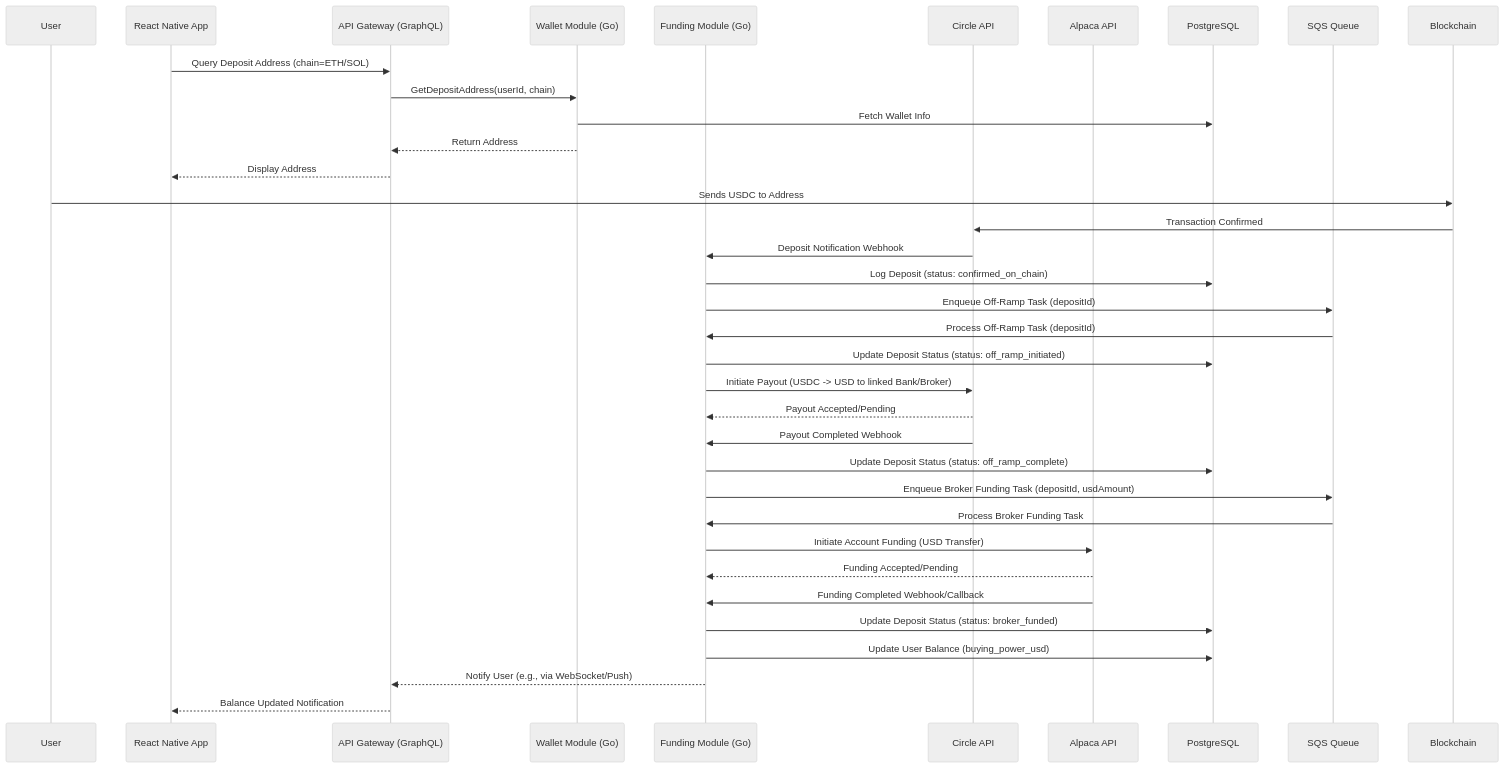
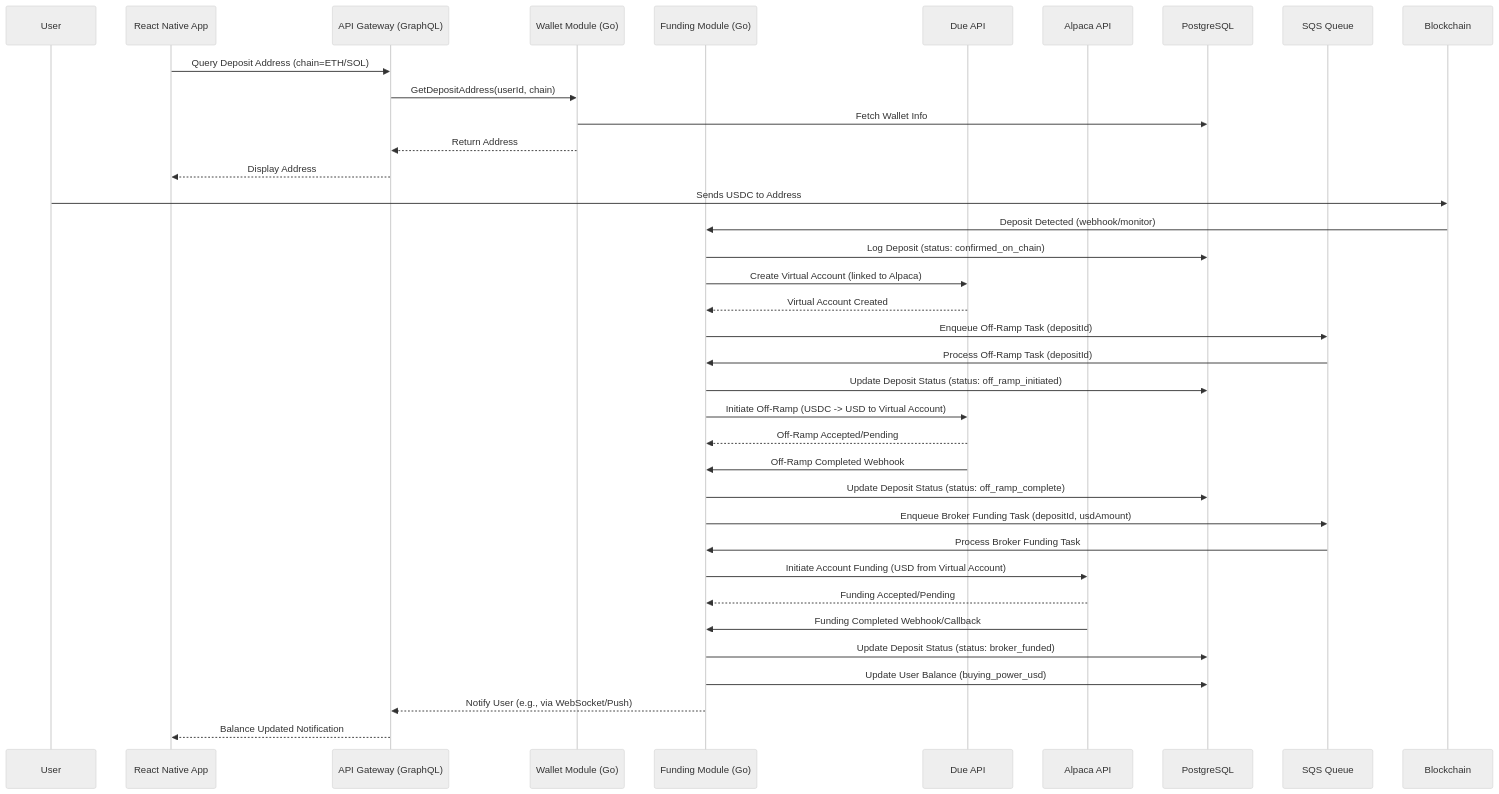
One commit to Sketchyjo/STACK-BACKEND-SERVICE changed the fourth of 6 diagrams in docs/architecture.md. Above: the diagram before and after it, drawn with Mermaid (neutral theme). The commit also changed other lines of this file and 142 other files, not shown here.

````diff
--- a/docs/architecture.md
+++ b/docs/architecture.md
@@ -401,51 +418,52 @@
 ```mermaid
 sequenceDiagram
     participant User
     participant App as React Native App
     participant GW as API Gateway (GraphQL)
     participant WAL as Wallet Module (Go)
     participant FND as Funding Module (Go)
-    participant CIR as Circle API
+    participant DUE as Due API
     participant DW as Alpaca API
     participant PG as PostgreSQL
     participant Q as SQS Queue
 
     %% Step 1: Get Deposit Address %%
     App->>GW: Query Deposit Address (chain=ETH/SOL)
     GW->>WAL: GetDepositAddress(userId, chain)
     WAL->>PG: Fetch Wallet Info
     WAL-->>GW: Return Address
     GW-->>App: Display Address
 
     %% Step 2: User Deposits USDC (On-Chain) %%
     User->>Blockchain: Sends USDC to Address
 
-    %% Step 3: Circle Detects Deposit & Notifies Backend %%
-    Blockchain->>CIR: Transaction Confirmed
-    CIR->>FND: Deposit Notification Webhook
+    %% Step 3: Monitor Deposit & Create Virtual Account %%
+    Blockchain->>FND: Deposit Detected (webhook/monitor)
     FND->>PG: Log Deposit (status: confirmed_on_chain)
+    FND->>DUE: Create Virtual Account (linked to Alpaca)
+    DUE-->>FND: Virtual Account Created
     FND->>Q: Enqueue Off-Ramp Task (depositId)
 
     %% Step 4: Async Off-Ramp Processing %%
     Q->>FND: Process Off-Ramp Task (depositId)
     FND->>PG: Update Deposit Status (status: off_ramp_initiated)
-    FND->>CIR: Initiate Payout (USDC -> USD to linked Bank/Broker)
-    CIR-->>FND: Payout Accepted/Pending
+    FND->>DUE: Initiate Off-Ramp (USDC -> USD to Virtual Account)
+    DUE-->>FND: Off-Ramp Accepted/Pending
 
-    %% Step 5: Circle Confirms Off-Ramp %%
-    CIR->>FND: Payout Completed Webhook
+    %% Step 5: Due Confirms Off-Ramp %%
+    DUE->>FND: Off-Ramp Completed Webhook
     FND->>PG: Update Deposit Status (status: off_ramp_complete)
     FND->>Q: Enqueue Broker Funding Task (depositId, usdAmount)
 
     %% Step 6: Async Broker Funding %%
     Q->>FND: Process Broker Funding Task
-    FND->>DW: Initiate Account Funding (USD Transfer)
+    FND->>DW: Initiate Account Funding (USD from Virtual Account)
     DW-->>FND: Funding Accepted/Pending
 
     %% Step 7: Alpaca Confirms Funding %%
     DW->>FND: Funding Completed Webhook/Callback
     FND->>PG: Update Deposit Status (status: broker_funded)
     FND->>PG: Update User Balance (buying_power_usd)
     FND-->>GW: Notify User (e.g., via WebSocket/Push)
     GW-->>App: Balance Updated Notification
 ```
````
